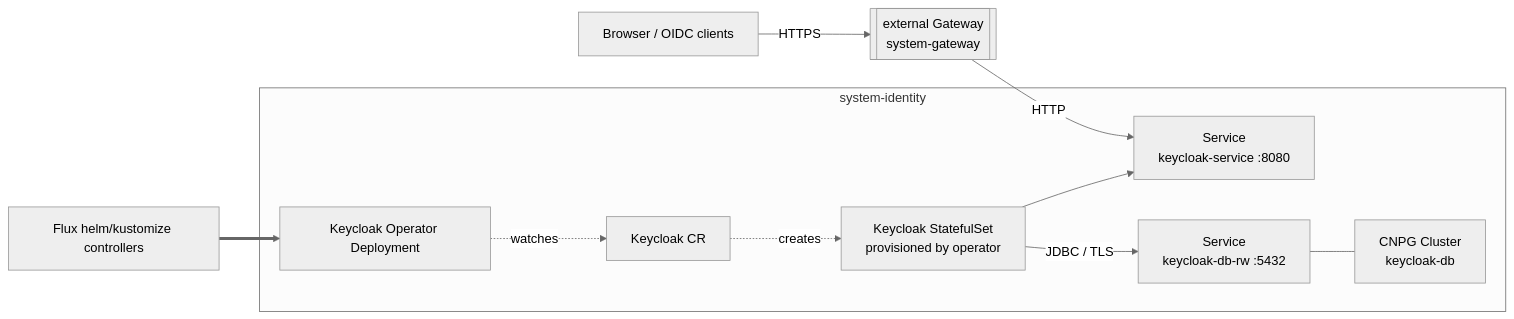
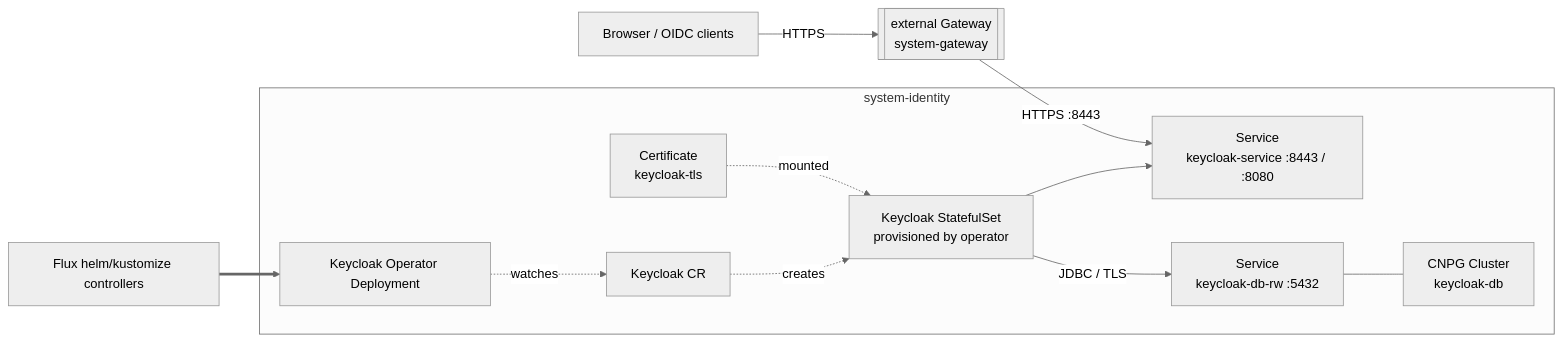
Before and after one commit to windsorcli/core: the diagram in kustomize/identity/README.md, drawn with Mermaid (neutral theme). The commit also changed other lines of this file and 12 other files, not shown here.

Commit message:
feat(identity): verify Keycloak behind the gateway with BackendTLSPolicy (#3310)

````diff
--- a/kustomize/identity/README.md
+++ b/kustomize/identity/README.md
@@ -24,25 +24,27 @@
 ```mermaid
 flowchart LR
   flux[Flux helm/kustomize controllers]
 
   subgraph systemidentity[system-identity]
     operator_pod[Keycloak Operator Deployment]
     keycloak_cr[Keycloak CR]
     keycloak_sts[Keycloak StatefulSet<br/>provisioned by operator]
-    keycloak_svc[Service<br/>keycloak-service :8080]
+    keycloak_svc[Service<br/>keycloak-service :8443 / :8080]
+    cert[Certificate<br/>keycloak-tls]
     pg_cluster[CNPG Cluster<br/>keycloak-db]
     pg_svc[Service<br/>keycloak-db-rw :5432]
   end
 
   gateway[[external Gateway<br/>system-gateway]]
   users[Browser / OIDC clients]
 
   flux ==> operator_pod
   operator_pod -.watches.-> keycloak_cr
   keycloak_cr -.creates.-> keycloak_sts
   keycloak_sts --> keycloak_svc
+  cert -.mounted.-> keycloak_sts
   keycloak_sts -->|JDBC / TLS| pg_svc
   pg_svc --- pg_cluster
   users -->|HTTPS| gateway
-  gateway -->|HTTP| keycloak_svc
+  gateway -->|HTTPS :8443| keycloak_svc
 ```
````
